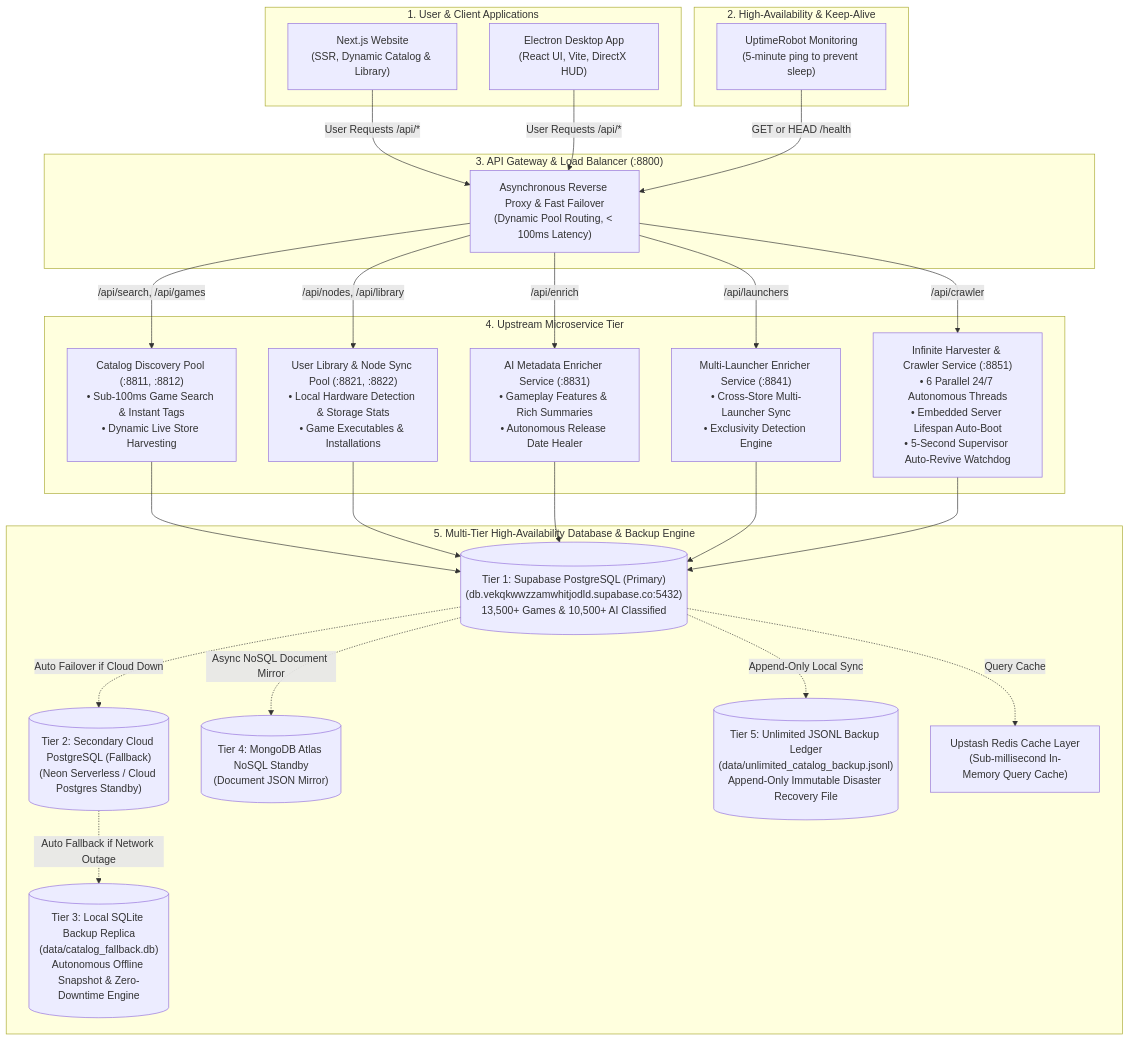
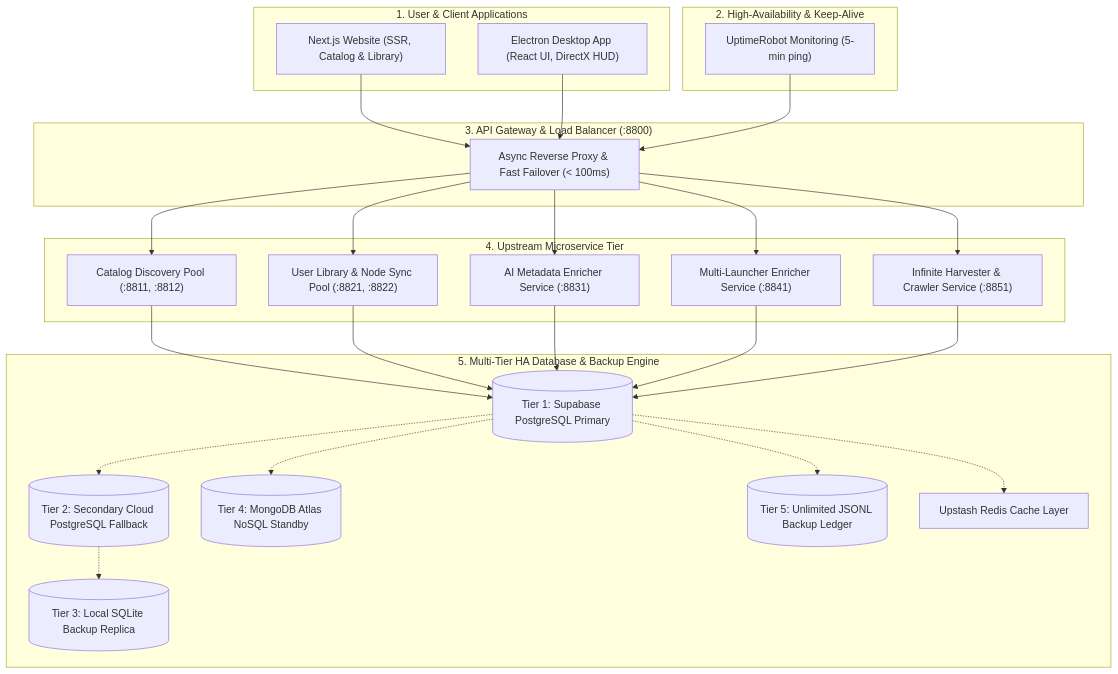
One commit to arnab825/Mission-Control changed the diagram in Gaming/docs/MAJOR_CHANGES.md. Above: the diagram before and after it, drawn with Mermaid. The commit also changed 1 other file, not shown here.

Commit message:
feat: add MermaidDiagram component for system architecture visualization and document the Mission Control ecosystem changes

````diff
--- a/Gaming/docs/MAJOR_CHANGES.md
+++ b/Gaming/docs/MAJOR_CHANGES.md
@@ -9,46 +9,51 @@
 ```mermaid
 flowchart TD
-    subgraph Clients [" 1. User & Client Applications"]
-        W[" Next.js Website\n(SSR, Dynamic Catalog & Library)"]
-        D[" Electron Desktop App\n(React UI, Vite, DirectX HUD)"]
+    subgraph Clients ["1. User & Client Applications"]
+        W["Next.js Website (SSR, Catalog & Library)"]
+        D["Electron Desktop App (React UI, DirectX HUD)"]
     end
 
-    subgraph Monitoring [" 2. High-Availability & Keep-Alive"]
-        UR[" UptimeRobot Monitoring\n(5-minute ping to prevent sleep)"]
+    subgraph Monitoring ["2. High-Availability & Keep-Alive"]
+        UR["UptimeRobot Monitoring (5-min ping)"]
     end
 
-    subgraph LoadBalancer [" 3. API Gateway & Load Balancer (:8800)"]
-        LB["Asynchronous Reverse Proxy & Fast Failover\n(Dynamic Pool Routing, < 100ms Latency)"]
+    subgraph LoadBalancer ["3. API Gateway & Load Balancer (:8800)"]
+        LB["Async Reverse Proxy & Fast Failover (< 100ms)"]
     end
 
-    subgraph MicroservicePools [" 4. Upstream Microservice Tier"]
-        P1[" Catalog Discovery Pool (:8811, :8812)\n• Sub-100ms Game Search & Instant Tags\n• Dynamic Live Store Harvesting"]
-        P2[" User Library & Node Sync Pool (:8821, :8822)\n• Local Hardware Detection & Storage Stats\n• Game Executables & Installations"]
-        P3[" AI Metadata Enricher Service (:8831)\n• Gameplay Features & Rich Summaries\n• Autonomous Release Date Healer"]
-        P4[" Multi-Launcher Enricher Service (:8841)\n• Cross-Store Multi-Launcher Sync\n• Exclusivity Detection Engine"]
-        P5[" Infinite Harvester & Crawler Service (:8851)\n• 6 Parallel 24/7 Autonomous Threads\n• Embedded Server Lifespan Auto-Boot\n• 5-Second Supervisor Auto-Revive Watchdog"]
+    subgraph MicroservicePools ["4. Upstream Microservice Tier"]
+        P1["Catalog Discovery Pool (:8811, :8812)"]
+        P2["User Library & Node Sync Pool (:8821, :8822)"]
+        P3["AI Metadata Enricher Service (:8831)"]
+        P4["Multi-Launcher Enricher Service (:8841)"]
+        P5["Infinite Harvester & Crawler Service (:8851)"]
     end
 
-    subgraph DatabaseTier [" 5. Multi-Tier High-Availability Database & Backup Engine"]
-        T1[(" Tier 1: Supabase PostgreSQL (Primary)\n(db.vekqkwwzzamwhitjodld.supabase.co:5432)\n13,500+ Games & 10,500+ AI Classified")]
-        T2[(" Tier 2: Secondary Cloud PostgreSQL (Fallback)\n(Neon Serverless / Cloud Postgres Standby)")]
-        T3[(" Tier 3: Local SQLite Backup Replica\n(data/catalog_fallback.db)\nAutonomous Offline Snapshot & Zero-Downtime Engine")]
-        T4[(" Tier 4: MongoDB Atlas NoSQL Standby\n(Document JSON Mirror)")]
-        T5[(" Tier 5: Unlimited JSONL Backup Ledger\n(data/unlimited_catalog_backup.jsonl)\nAppend-Only Immutable Disaster Recovery File")]
-        R[" Upstash Redis Cache Layer\n(Sub-millisecond In-Memory Query Cache)"]
+    subgraph DatabaseTier ["5. Multi-Tier HA Database & Backup Engine"]
+        T1[("Tier 1: Supabase PostgreSQL Primary")]
+        T2[("Tier 2: Secondary Cloud PostgreSQL Fallback")]
+        T3[("Tier 3: Local SQLite Backup Replica")]
+        T4[("Tier 4: MongoDB Atlas NoSQL Standby")]
+        T5[("Tier 5: Unlimited JSONL Backup Ledger")]
+        R["Upstash Redis Cache Layer"]
     end
 
-    W & D -->|User Requests /api/*| LB
-    UR -->|GET or HEAD /health| LB
-    LB -->|/api/search, /api/games| P1
-    LB -->|/api/nodes, /api/library| P2
-    LB -->|/api/enrich| P3
-    LB -->|/api/launchers| P4
-    LB -->|/api/crawler| P5
-    P1 & P2 & P3 & P4 & P5 --> T1
-    T1 -.->|Auto Failover if Cloud Down| T2
-    T2 -.->|Auto Fallback if Network Outage| T3
-    T1 -.->|Async NoSQL Document Mirror| T4
-    T1 -.->|Append-Only Local Sync| T5
-    T1 -.->|Query Cache| R
+    W --> LB
+    D --> LB
+    UR --> LB
+    LB --> P1
+    LB --> P2
+    LB --> P3
+    LB --> P4
+    LB --> P5
+    P1 --> T1
+    P2 --> T1
+    P3 --> T1
+    P4 --> T1
+    P5 --> T1
+    T1 -.-> T2
+    T2 -.-> T3
+    T1 -.-> T4
+    T1 -.-> T5
+    T1 -.-> R
 ```
````
